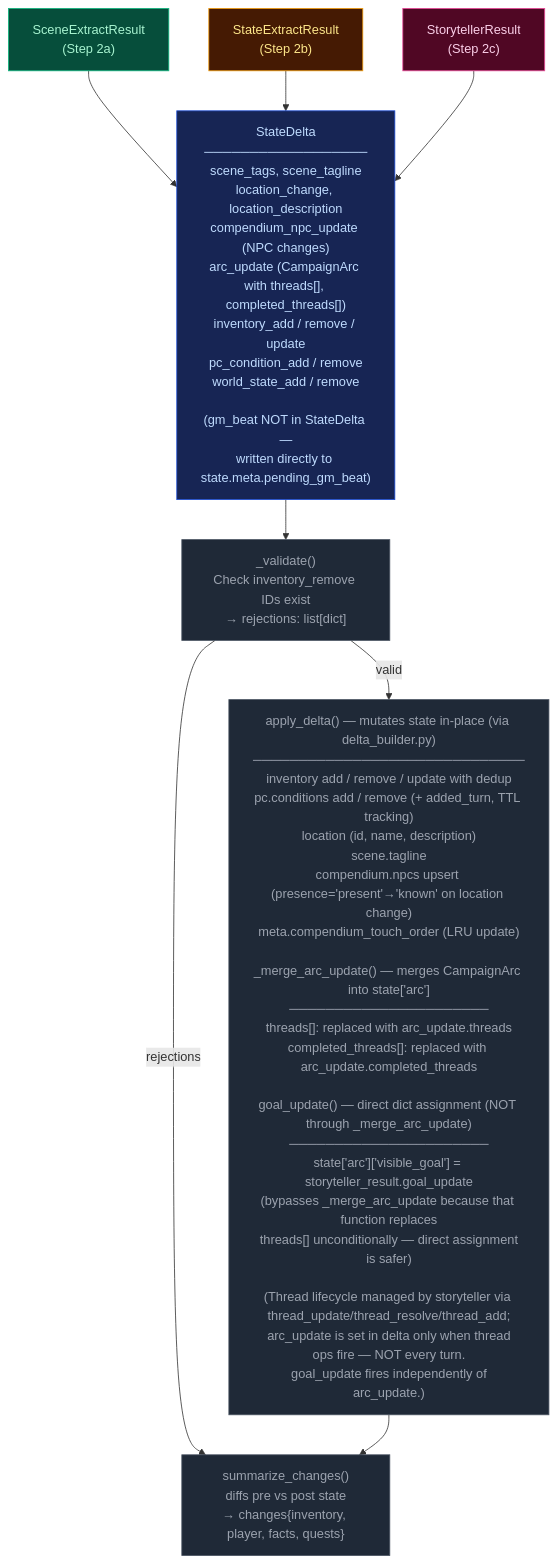
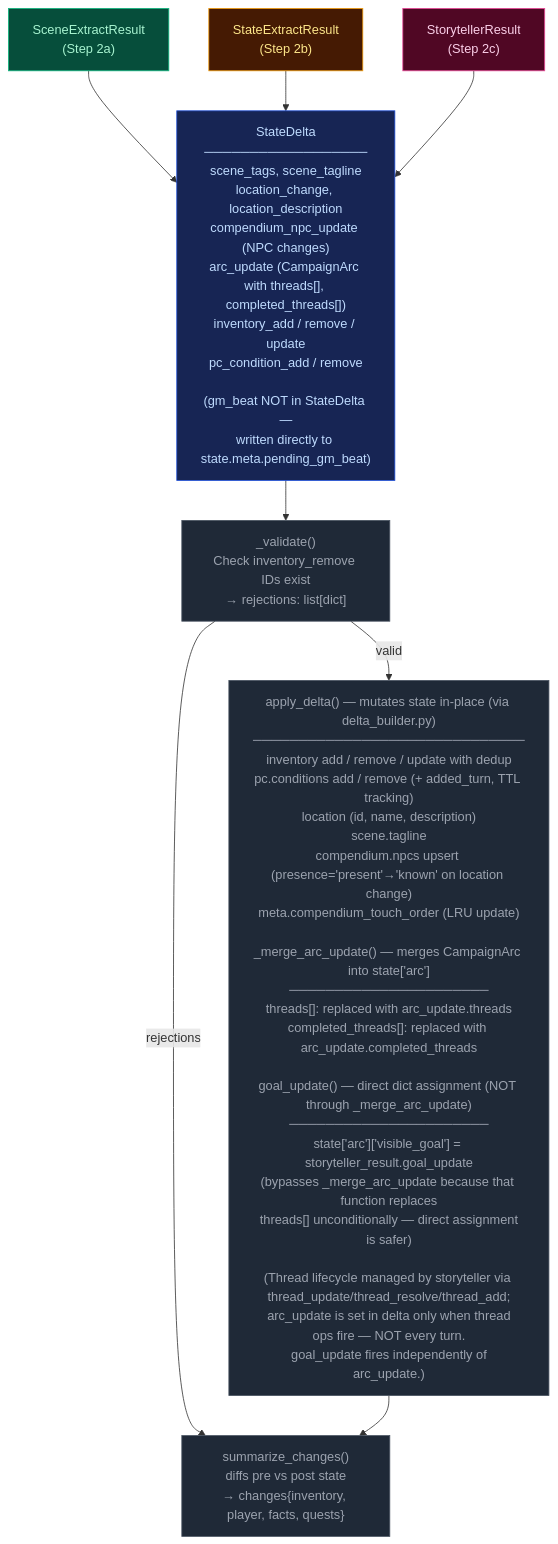
One commit to pww217/fablethread changed the diagram in docs/architecture/delta-validate.md. Above: the diagram before and after it, drawn with Mermaid. The commit also changed 1 other file, not shown here.

Commit message:
Fix orphaned World state section and delta-validate diagram
The ## World state guidance block (world_state_add/world_state_remove)
was not removed from storytell_system.j2 during the original edit — only
the JSON schema entries were dropped. The LLM was still instructed to emit
fields that no longer exist on any model, which would cause parse errors
or silent data loss. Deleted the entire section (lines 42-49).

Also removed world_state_add/remove from delta-validate.md mermaid diagram.

````diff
--- a/docs/architecture/delta-validate.md
+++ b/docs/architecture/delta-validate.md
@@ -7,28 +7,28 @@
 ```mermaid
 flowchart TD
     classDef stageScene    fill:#064e3b,color:#a7f3d0,stroke:#10b981
     classDef stageState    fill:#451a03,color:#fde68a,stroke:#f59e0b
     classDef stageProgress fill:#500724,color:#fbcfe8,stroke:#ec4899
     classDef pyNode        fill:#1f2937,color:#9ca3af,stroke:#4b5563
     classDef mergeNode     fill:#172554,color:#bfdbfe,stroke:#1d4ed8
 
     SR1["SceneExtractResult<br>(Step 2a)"]:::stageScene
     SR2["StateExtractResult<br>(Step 2b)"]:::stageState
     SR3["StorytellerResult<br>(Step 2c)"]:::stageProgress
 
-    MERGE["StateDelta<br>──────────────────<br>scene_tags, scene_tagline<br>location_change, location_description<br>compendium_npc_update (NPC changes)<br>arc_update (CampaignArc with threads[], completed_threads[])<br>inventory_add / remove / update<br>pc_condition_add / remove<br>world_state_add / remove<br><br>(gm_beat NOT in StateDelta —<br>written directly to state.meta.pending_gm_beat)"]:::mergeNode
+    MERGE["StateDelta<br>──────────────────<br>scene_tags, scene_tagline<br>location_change, location_description<br>compendium_npc_update (NPC changes)<br>arc_update (CampaignArc with threads[], completed_threads[])<br>inventory_add / remove / update<br>pc_condition_add / remove<br><br>(gm_beat NOT in StateDelta —<br>written directly to state.meta.pending_gm_beat)"]:::mergeNode
 
     VALIDATE["_validate()<br>Check inventory_remove IDs exist<br>→ rejections: list[dict]"]:::pyNode
 
     APPLY["apply_delta() — mutates state in-place (via delta_builder.py)<br>──────────────────────────────<br>inventory add / remove / update with dedup<br>pc.conditions add / remove (+ added_turn, TTL tracking)<br>location (id, name, description)<br>scene.tagline<br>compendium.npcs upsert (presence='present'→'known' on location change)<br>meta.compendium_touch_order (LRU update)<br><br>_merge_arc_update() — merges CampaignArc into state['arc']<br>──────────────────────<br>threads[]: replaced with arc_update.threads<br>completed_threads[]: replaced with arc_update.completed_threads<br><br>goal_update() — direct dict assignment (NOT through _merge_arc_update)<br>──────────────────────<br>state['arc']['visible_goal'] = storyteller_result.goal_update<br>(bypasses _merge_arc_update because that function replaces<br> threads[] unconditionally — direct assignment is safer)<br><br>(Thread lifecycle managed by storyteller via thread_update/thread_resolve/thread_add;<br> arc_update is set in delta only when thread ops fire — NOT every turn.<br> goal_update fires independently of arc_update.)"]:::pyNode
 
     DIFF["summarize_changes()<br>diffs pre vs post state<br>→ changes{inventory, player, facts, quests}"]:::pyNode
 
     SR1 --> MERGE
     SR2 --> MERGE
     SR3 --> MERGE
     MERGE --> VALIDATE
     VALIDATE -- "valid" --> APPLY
     VALIDATE -- "rejections" --> DIFF
     APPLY --> DIFF
 ```
````
